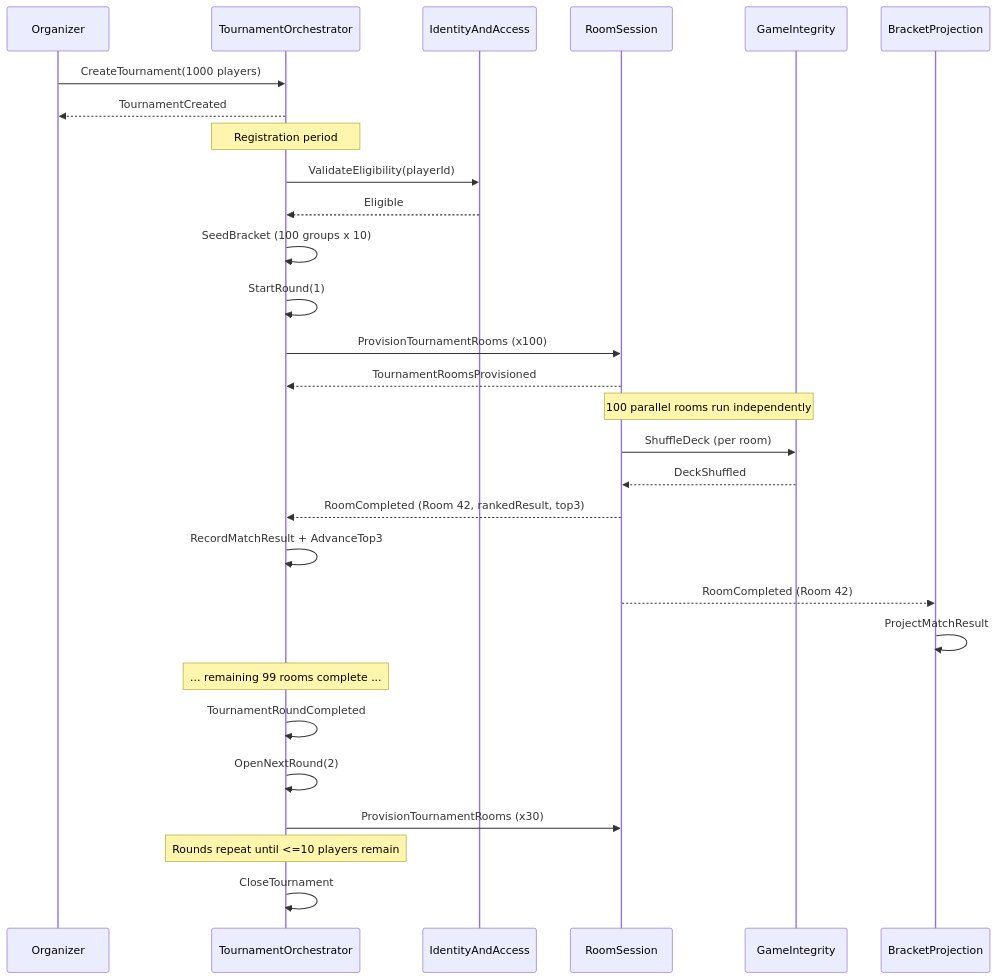
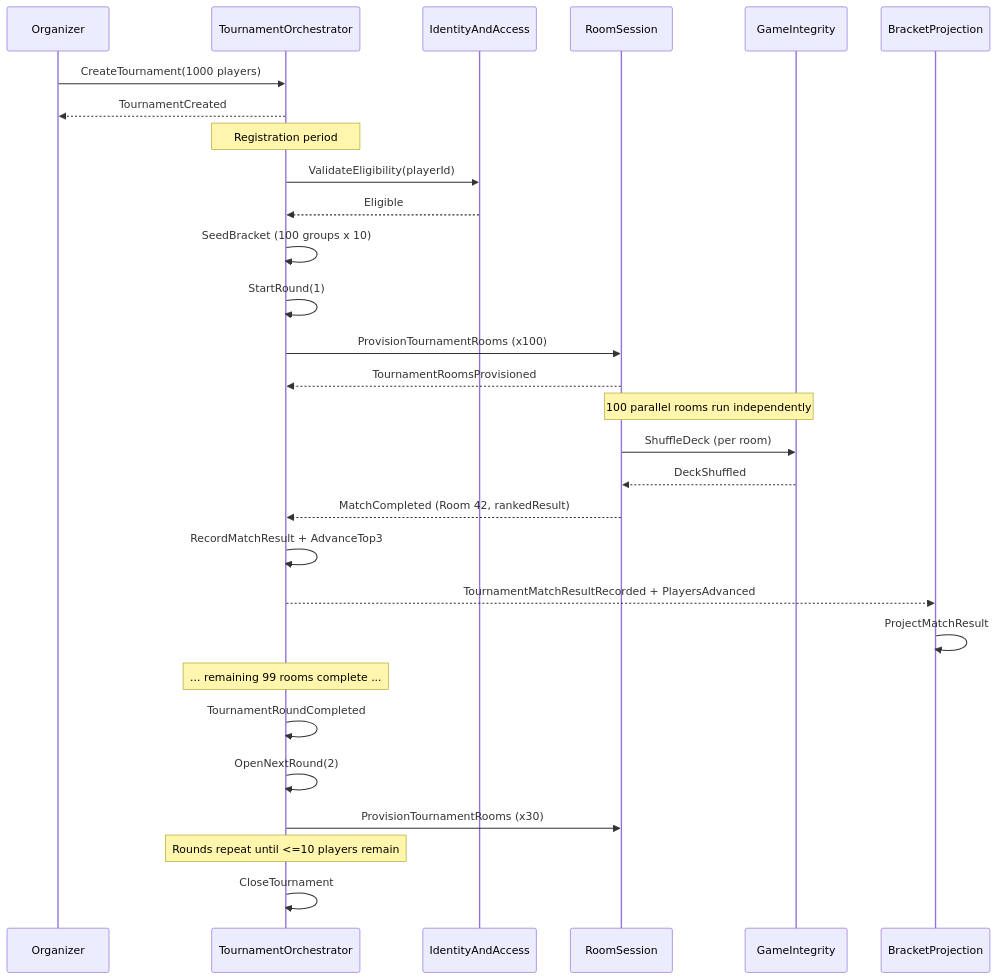
The second of 3 diagrams in docs/raw/Design Assignment.md (FSendot/uno-arena), drawn with Mermaid before and after one commit. The commit also changed other lines of this file and 26 other files, not shown here.

````diff
--- a/docs/raw/Design Assignment.md
+++ b/docs/raw/Design Assignment.md
@@ -107,39 +107,39 @@
 ```mermaid
 sequenceDiagram
     participant Org as Organizer
     participant TO as TournamentOrchestrator
     participant IA as IdentityAndAccess
     participant RS as RoomSession
     participant GI as GameIntegrity
     participant Proj as BracketProjection
 
     Org->>TO: CreateTournament(1000 players)
     TO-->>Org: TournamentCreated
 
     Note over TO: Registration period
     TO->>IA: ValidateEligibility(playerId)
     IA-->>TO: Eligible
 
     TO->>TO: SeedBracket (100 groups x 10)
     TO->>TO: StartRound(1)
     TO->>RS: ProvisionTournamentRooms (x100)
     RS-->>TO: TournamentRoomsProvisioned
 
     Note over RS,GI: 100 parallel rooms run independently
     RS->>GI: ShuffleDeck (per room)
     GI-->>RS: DeckShuffled
 
-    RS-->>TO: RoomCompleted (Room 42, rankedResult, top3)
+    RS-->>TO: MatchCompleted (Room 42, rankedResult)
     TO->>TO: RecordMatchResult + AdvanceTop3
-    RS-->>Proj: RoomCompleted (Room 42)
+    TO-->>Proj: TournamentMatchResultRecorded + PlayersAdvanced
     Proj->>Proj: ProjectMatchResult
 
     Note over TO: ... remaining 99 rooms complete ...
 
     TO->>TO: TournamentRoundCompleted
     TO->>TO: OpenNextRound(2)
     TO->>RS: ProvisionTournamentRooms (x30)
 
     Note over TO: Rounds repeat until <=10 players remain
     TO->>TO: CloseTournament
 ```
````
